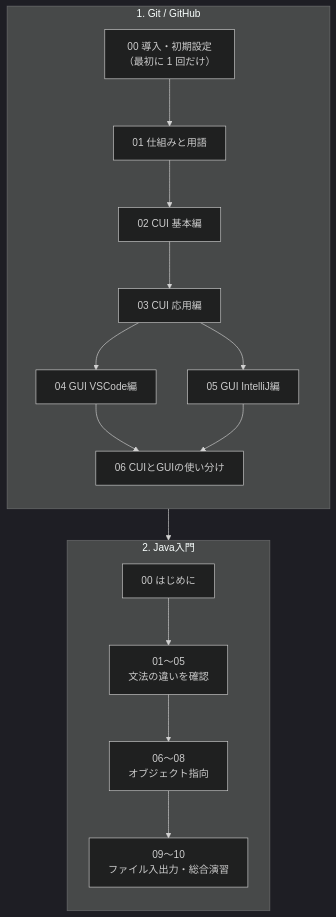
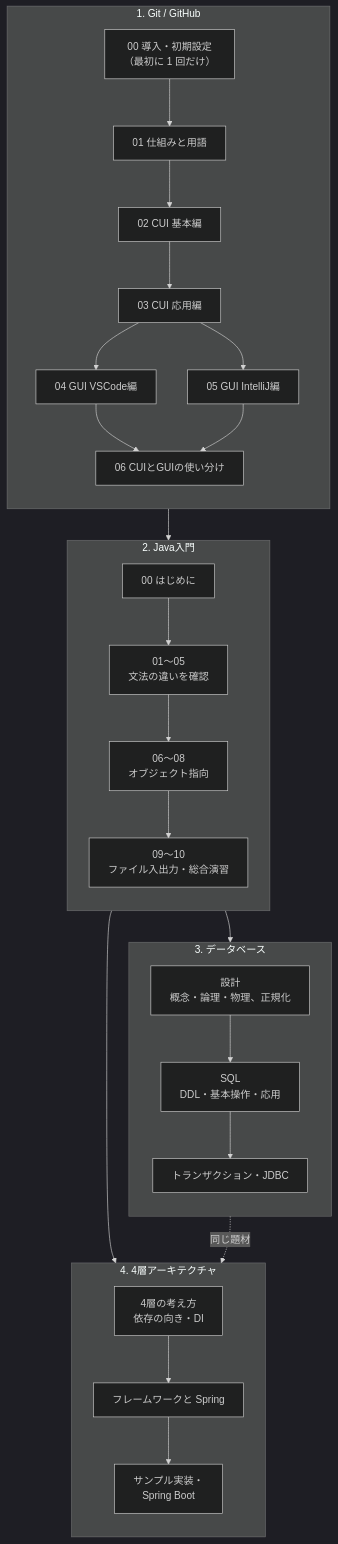
The diagram in README.md (YTS0418/PRMN_SYSTEM_Lecture), drawn with Mermaid (dark theme) before and after one commit. The commit also changed other lines of this file and 4 other files, not shown here.

````diff
--- a/README.md
+++ b/README.md
@@ -16,20 +20,33 @@
 ```mermaid
 flowchart TD
     subgraph G["1. Git / GitHub"]
         direction TB
         g0["00 導入・初期設定<br>（最初に 1 回だけ）"] --> g1["01 仕組みと用語"]
         g1 --> g2["02 CUI 基本編"]
         g2 --> g3["03 CUI 応用編"]
         g3 --> g4["04 GUI VSCode編"]
         g3 --> g5["05 GUI IntelliJ編"]
         g4 --> g6["06 CUIとGUIの使い分け"]
         g5 --> g6
     end
     subgraph J["2. Java入門"]
         direction TB
         j0["00 はじめに"] --> jA["01〜05<br>文法の違いを確認"]
         jA --> jB["06〜08<br>オブジェクト指向"]
         jB --> jC["09〜10<br>ファイル入出力・総合演習"]
     end
+    subgraph D["3. データベース"]
+        direction TB
+        d0["設計<br>概念・論理・物理、正規化"] --> d1["SQL<br>DDL・基本操作・応用"]
+        d1 --> d2["トランザクション・JDBC"]
+    end
+    subgraph A["4. 4層アーキテクチャ"]
+        direction TB
+        a0["4層の考え方<br>依存の向き・DI"] --> a1["フレームワークと Spring"]
+        a1 --> a2["サンプル実装・<br>Spring Boot"]
+    end
     G --> J
+    J --> D
+    J --> A
+    D -.->|"同じ題材"| A
 ```
````
